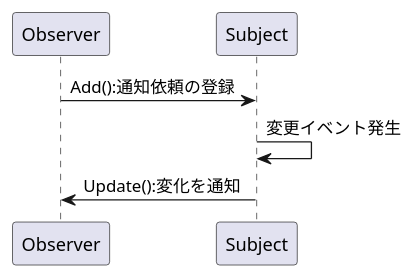
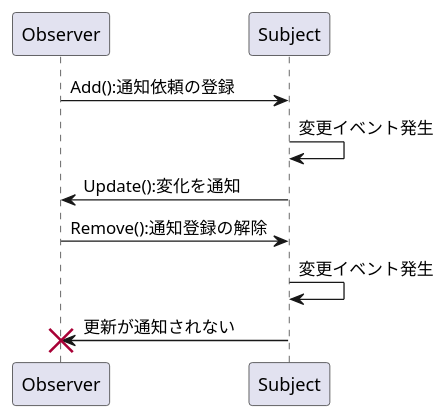
Before and after one commit to S-Tatsuya/DesignPattern: the first of 5 diagrams in Pattern/Observer/README.md, drawn with PlantUML. The commit also changed other lines of this file, not shown here.

````diff
--- a/Pattern/Observer/README.md
+++ b/Pattern/Observer/README.md
@@ -21,7 +28,10 @@
 ```plantuml
 @startuml
 Observer -> Subject:Add():通知依頼の登録
 Subject -> Subject:変更イベント発生
 Observer <- Subject:Update():変化を通知
+Observer -> Subject:Remove():通知登録の解除
+Subject -> Subject:変更イベント発生
+Observer <- Subject !! :更新が通知されない
 @enduml
 ```
````
